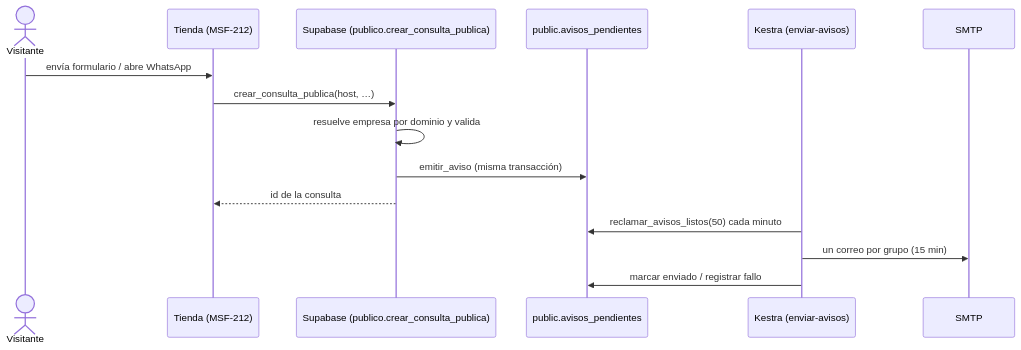
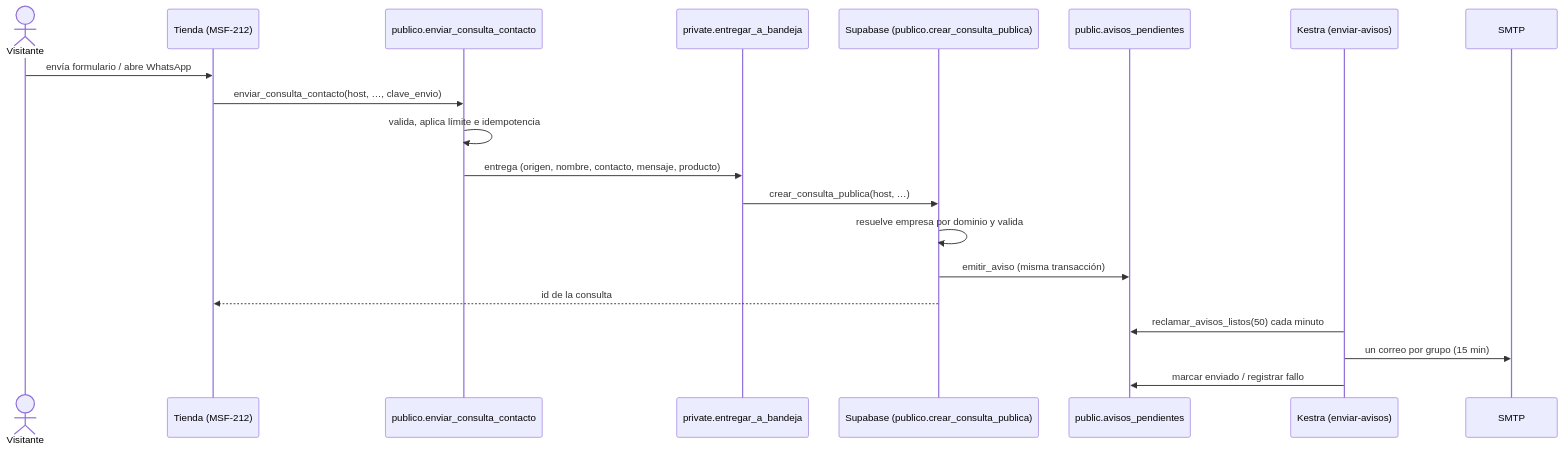
Before and after one commit to nicolasjones/multistorefront-meli: the second of 2 diagrams in docs/tecnico/consultas.md, drawn with Mermaid. The commit also changed other lines of this file and 12 other files, not shown here.

````diff
--- a/docs/tecnico/consultas.md
+++ b/docs/tecnico/consultas.md
@@ -172,17 +182,22 @@
 ```mermaid
 sequenceDiagram
   actor V as Visitante
   participant T as Tienda (MSF-212)
+  participant E as publico.enviar_consulta_contacto
+  participant A as private.entregar_a_bandeja
   participant DB as Supabase (publico.crear_consulta_publica)
   participant Q as public.avisos_pendientes
   participant K as Kestra (enviar-avisos)
   participant M as SMTP
   V->>T: envía formulario / abre WhatsApp
-  T->>DB: crear_consulta_publica(host, …)
+  T->>E: enviar_consulta_contacto(host, …, clave_envio)
+  E->>E: valida, aplica límite e idempotencia
+  E->>A: entrega (origen, nombre, contacto, mensaje, producto)
+  A->>DB: crear_consulta_publica(host, …)
   DB->>DB: resuelve empresa por dominio y valida
   DB->>Q: emitir_aviso (misma transacción)
   DB-->>T: id de la consulta
   K->>Q: reclamar_avisos_listos(50) cada minuto
   K->>M: un correo por grupo (15 min)
   K->>Q: marcar enviado / registrar fallo
 ```
````
